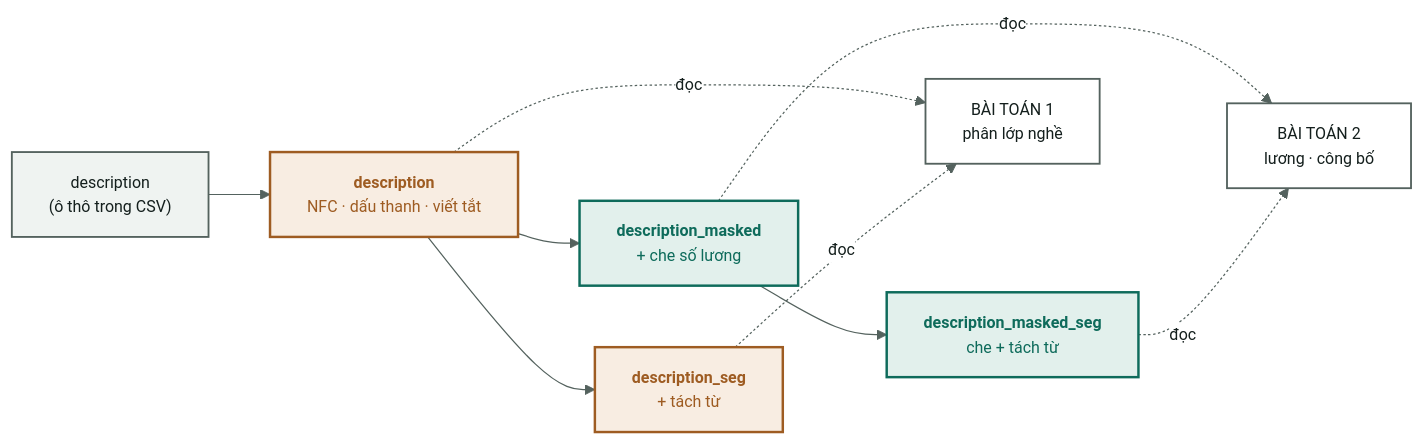
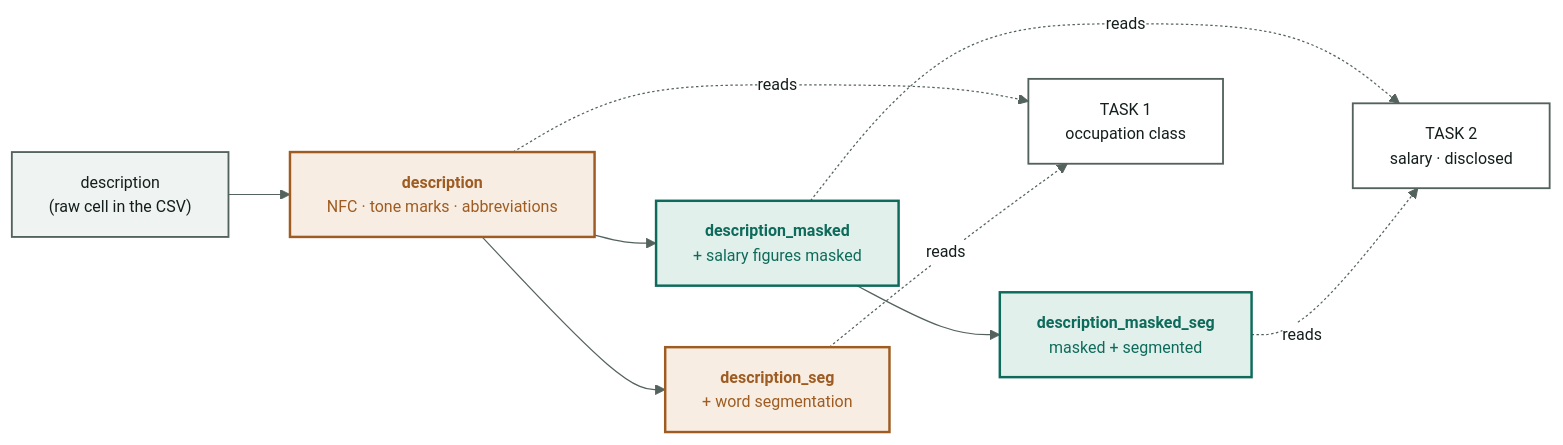
Before and after one commit to boy2407/vietjobs: the diagram in docs/01-data-audit.md, drawn with Mermaid. The commit also changed other lines of this file and 85 other files, not shown here.

````diff
--- a/docs/01-data-audit.md
+++ b/docs/01-data-audit.md
@@ -75,32 +78,32 @@
 ```mermaid
 %%{init:{'theme':'base','themeVariables':{
   'primaryColor':'#EFF3F1','primaryTextColor':'#141F1D','primaryBorderColor':'#54625E',
   'lineColor':'#54625E','fontSize':'13px','fontFamily':'Be Vietnam Pro, Segoe UI, sans-serif',
   'clusterBkg':'#FFFFFF','clusterBorder':'#C3CFCB','edgeLabelBackground':'#FFFFFF',
   'secondaryColor':'#FFFFFF','tertiaryColor':'#FFFFFF','mainBkg':'#FFFFFF',
   'nodeTextColor':'#141F1D','titleColor':'#141F1D'}}}%%
 flowchart LR
     classDef default fill:#FFFFFF,stroke:#54625E,stroke-width:1.5px,color:#141F1D
-    RAW["description<br/>(ô thô trong CSV)"]
-    A["<b>description</b><br/>NFC · dấu thanh · viết tắt"]
-    B["<b>description_seg</b><br/>+ tách từ"]
-    C["<b>description_masked</b><br/>+ che số lương"]
-    D["<b>description_masked_seg</b><br/>che + tách từ"]
+    RAW["description<br/>(raw cell in the CSV)"]
+    A["<b>description</b><br/>NFC · tone marks · abbreviations"]
+    B["<b>description_seg</b><br/>+ word segmentation"]
+    C["<b>description_masked</b><br/>+ salary figures masked"]
+    D["<b>description_masked_seg</b><br/>masked + segmented"]
 
-    T1["BÀI TOÁN 1<br/>phân lớp nghề"]
-    T2["BÀI TOÁN 2<br/>lương · công bố"]
+    T1["TASK 1<br/>occupation class"]
+    T2["TASK 2<br/>salary · disclosed"]
 
     RAW --> A --> B
     A --> C --> D
-    A -.->|đọc| T1
-    B -.->|đọc| T1
-    C -.->|đọc| T2
-    D -.->|đọc| T2
+    A -.->|reads| T1
+    B -.->|reads| T1
+    C -.->|reads| T2
+    D -.->|reads| T2
 
     classDef safe fill:#E2F0EC,stroke:#0E6B5B,stroke-width:2px,color:#0E6B5B
     classDef danger fill:#F8EDE2,stroke:#9E5C22,stroke-width:2px,color:#9E5C22
     classDef data fill:#EFF3F1,stroke:#54625E,stroke-width:1.5px,color:#141F1D
     class RAW data
     class A,B danger
     class C,D safe
 ```
````
